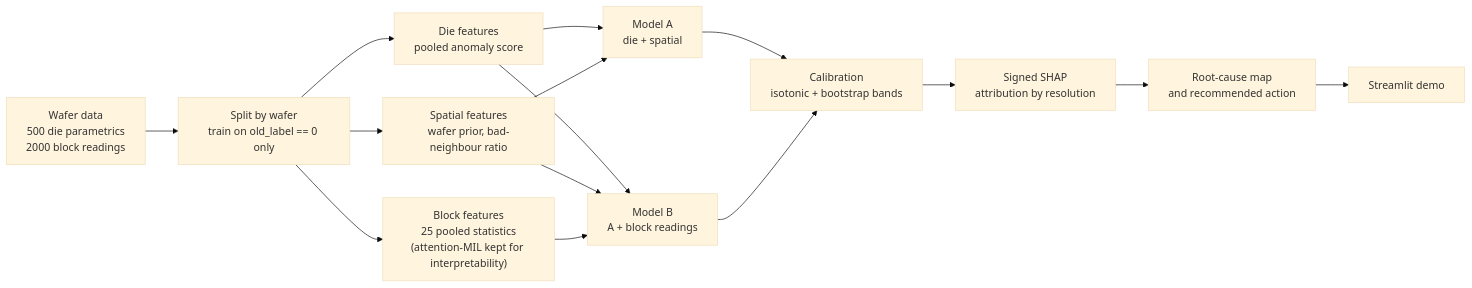
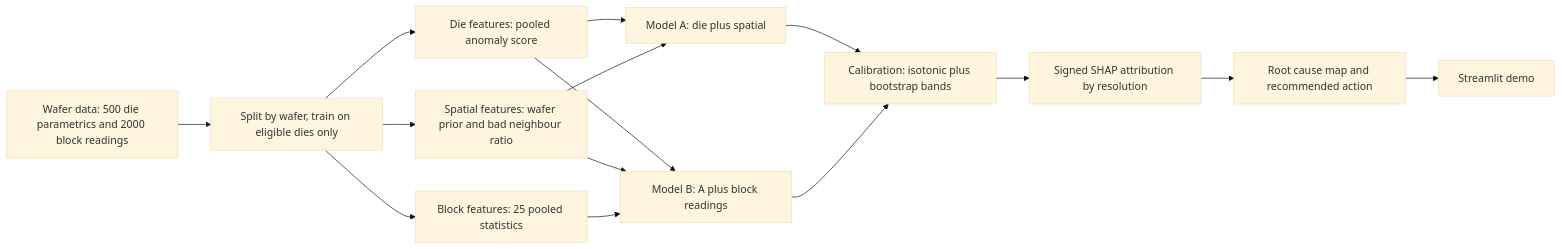
One commit to Rg9906/Sandisk_AIML changed the diagram in README.md. Above: the diagram before and after it, drawn with Mermaid (base theme).

Commit message:
README: simplify flowchart syntax so GitHub renders it
Claude-Session: https://claude.ai/code/session_01PwrzECAsTQ4FsdE5pt3uCV

````diff
--- a/README.md
+++ b/README.md
@@ -30,17 +30,17 @@
 ```mermaid
 flowchart LR
-    A["Wafer data<br/>500 die parametrics<br/>2000 block readings"] --> B["Split by wafer<br/>train on old_label == 0 only"]
-    B --> C1["Die features<br/>pooled anomaly score"]
-    B --> C2["Spatial features<br/>wafer prior, bad-neighbour ratio"]
-    B --> C3["Block features<br/>25 pooled statistics<br/>(attention-MIL kept for interpretability)"]
-    C1 --> MA["Model A<br/>die + spatial"]
+    A[Wafer data: 500 die parametrics and 2000 block readings] --> B[Split by wafer, train on eligible dies only]
+    B --> C1[Die features: pooled anomaly score]
+    B --> C2[Spatial features: wafer prior and bad neighbour ratio]
+    B --> C3[Block features: 25 pooled statistics]
+    C1 --> MA[Model A: die plus spatial]
     C2 --> MA
-    C1 --> MB["Model B<br/>A + block readings"]
+    C1 --> MB[Model B: A plus block readings]
     C2 --> MB
     C3 --> MB
-    MA --> D["Calibration<br/>isotonic + bootstrap bands"]
+    MA --> D[Calibration: isotonic plus bootstrap bands]
     MB --> D
-    D --> E["Signed SHAP<br/>attribution by resolution"]
-    E --> F["Root-cause map<br/>and recommended action"]
-    F --> G["Streamlit demo"]
+    D --> E[Signed SHAP attribution by resolution]
+    E --> F[Root cause map and recommended action]
+    F --> G[Streamlit demo]
 ```
````
